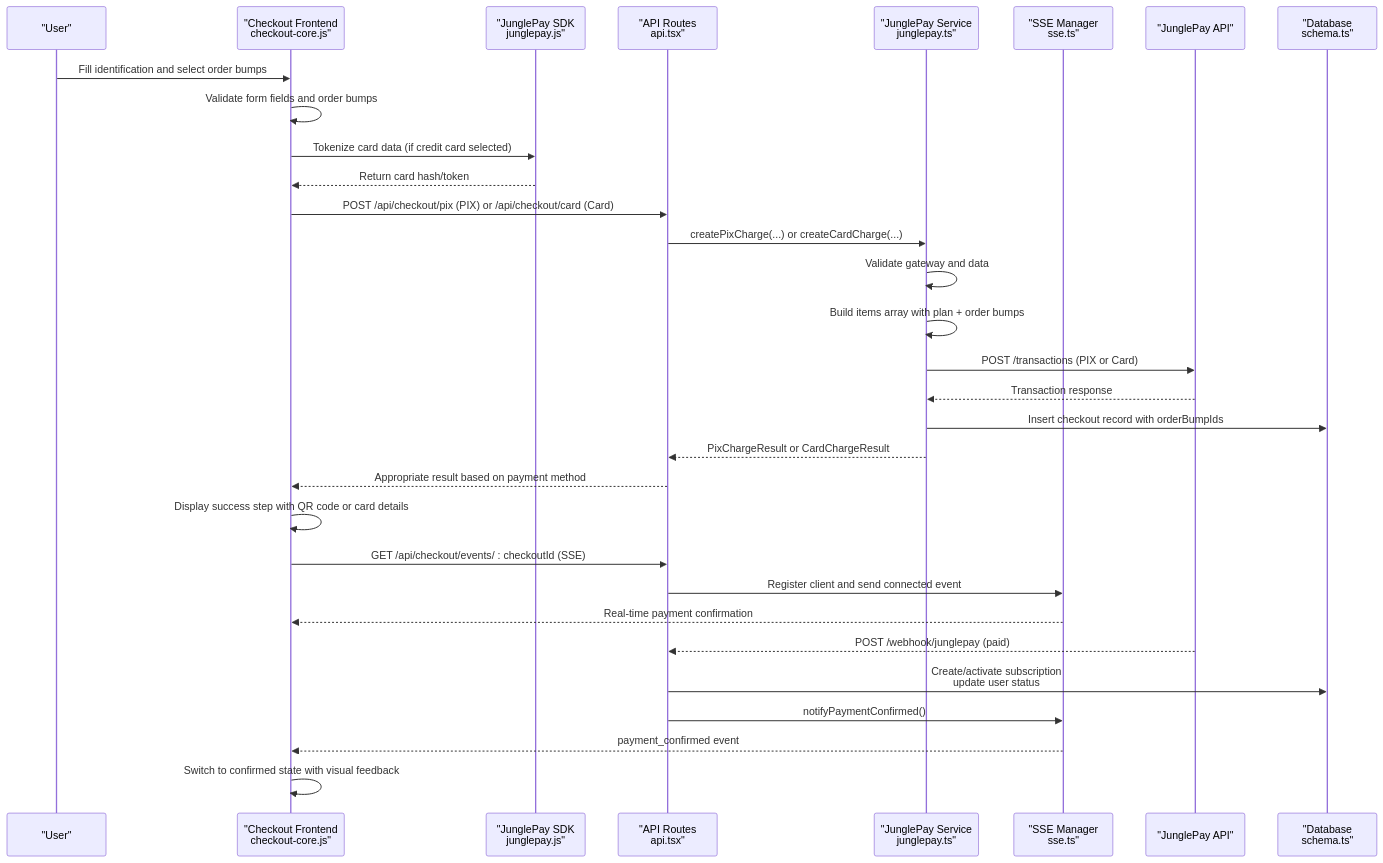
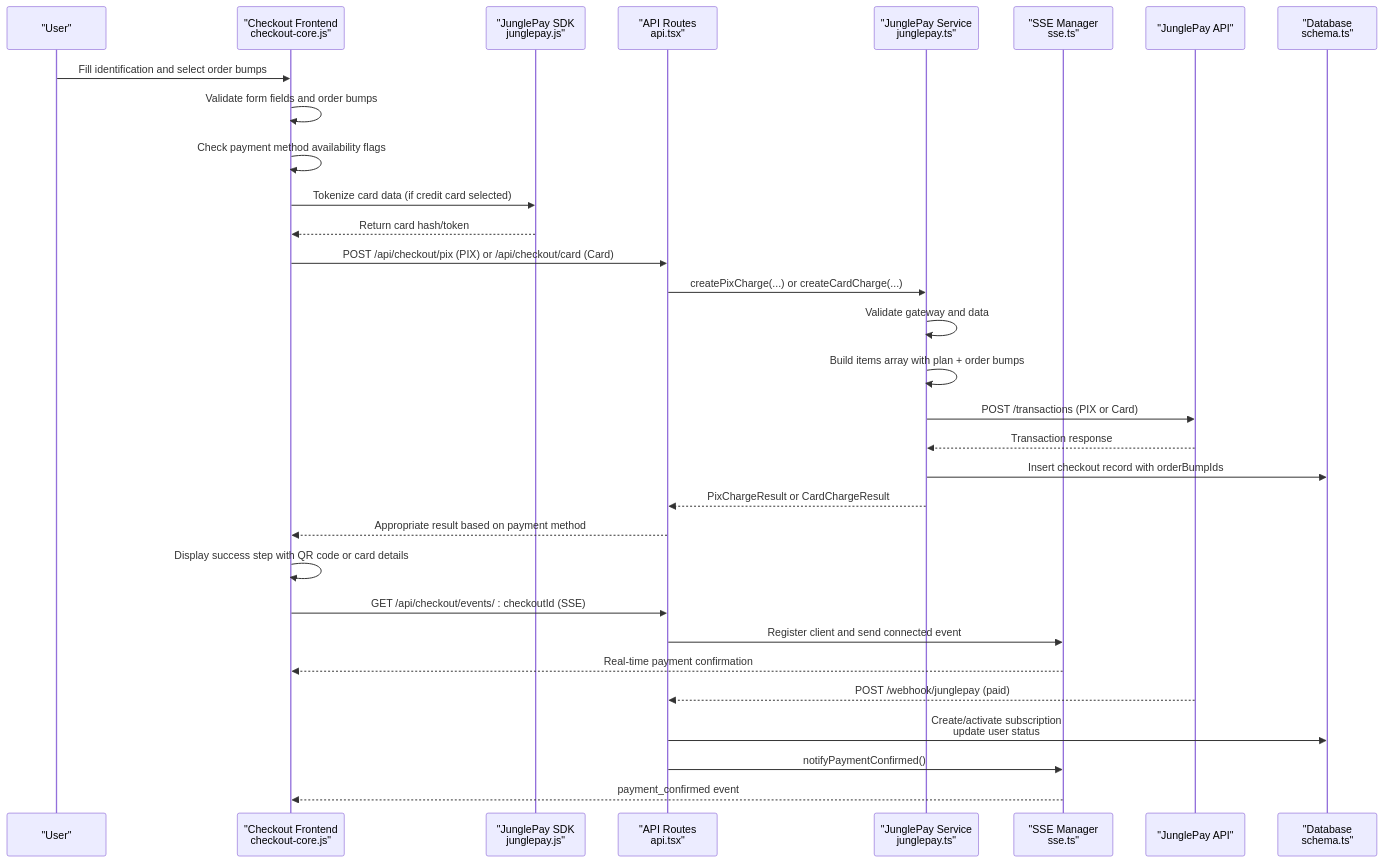
One commit to eromedrive2tb-gif/Avitrine changed the second of 16 diagrams in .qoder/repowiki/en/content/Page Components/Checkout Flow.md. Above: the diagram before and after it, drawn with Mermaid. The commit also changed other lines of this file and 18 other files, not shown here.

````diff
--- a/.qoder/repowiki/en/content/Page Components/Checkout Flow.md
+++ b/.qoder/repowiki/en/content/Page Components/Checkout Flow.md
@@ -143,33 +152,33 @@
 ```mermaid
 sequenceDiagram
 participant U as "User"
 participant FE as "Checkout Frontend<br/>checkout-core.js"
 participant SDK as "JunglePay SDK<br/>junglepay.js"
 participant API as "API Routes<br/>api.tsx"
 participant SVC as "JunglePay Service<br/>junglepay.ts"
 participant SSE as "SSE Manager<br/>sse.ts"
 participant JP as "JunglePay API"
 participant DB as "Database<br/>schema.ts"
 U->>FE : Fill identification and select order bumps
 FE->>FE : Validate form fields and order bumps
+FE->>FE : Check payment method availability flags
 FE->>SDK : Tokenize card data (if credit card selected)
 SDK-->>FE : Return card hash/token
 FE->>API : POST /api/checkout/pix (PIX) or /api/checkout/card (Card)
 API->>SVC : createPixCharge(...) or createCardCharge(...)
 SVC->>SVC : Validate gateway and data
 SVC->>SVC : Build items array with plan + order bumps
 SVC->>JP : POST /transactions (PIX or Card)
 JP-->>SVC : Transaction response
 SVC->>DB : Insert checkout record with orderBumpIds
 SVC-->>API : PixChargeResult or CardChargeResult
 API-->>FE : Appropriate result based on payment method
 FE->>FE : Display success step with QR code or card details
 FE->>API : GET /api/checkout/events/ : checkoutId (SSE)
 API->>SSE : Register client and send connected event
 SSE-->>FE : Real-time payment confirmation
 JP-->>API : POST /webhook/junglepay (paid)
 API->>DB : Create/activate subscription<br/>update user status
 API->>SSE : notifyPaymentConfirmed()
 SSE-->>FE : payment_confirmed event
-FE->>FE : Switch to confirmed state with visual feedback
 ```
````
